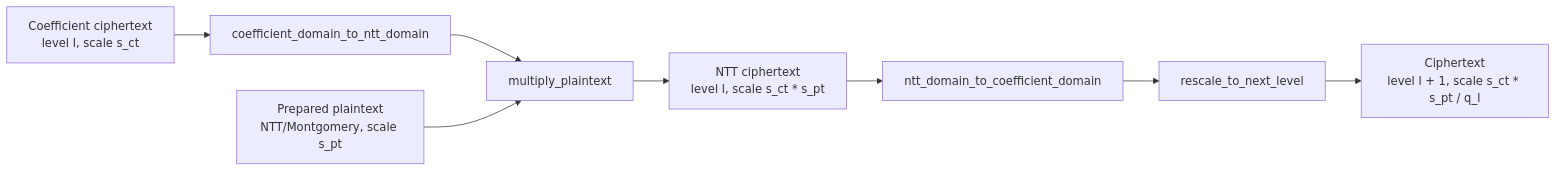
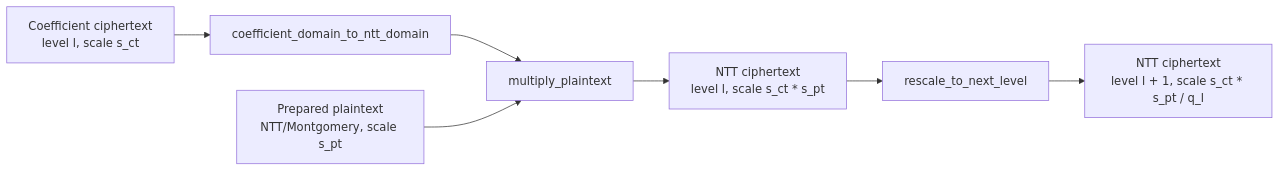
The second of 5 diagrams in docs/concepts/ckks/evaluator-operation-transitions.md (visualDust/fhelium), drawn with Mermaid before and after one commit. The commit also changed other lines of this file and 64 other files, not shown here.

First line of the commit message:
Optimize hybrid key switching and NTT-domain CKKS execution

````diff
--- a/docs/concepts/ckks/evaluator-operation-transitions.md
+++ b/docs/concepts/ckks/evaluator-operation-transitions.md
@@ -73,14 +73,13 @@
 ```mermaid
 flowchart LR
     CT[Coefficient ciphertext<br/>level l, scale s_ct]
     NTT[coefficient_domain_to_ntt_domain]
     PT[Prepared plaintext<br/>NTT/Montgomery, scale s_pt]
     PM[multiply_plaintext]
     OUT[NTT ciphertext<br/>level l, scale s_ct * s_pt]
-    COEFF[ntt_domain_to_coefficient_domain]
     RS[rescale_to_next_level]
-    NEXT[Ciphertext<br/>level l + 1, scale s_ct * s_pt / q_l]
+    NEXT[NTT ciphertext<br/>level l + 1, scale s_ct * s_pt / q_l]
     CT --> NTT --> PM
     PT --> PM
-    PM --> OUT --> COEFF --> RS --> NEXT
+    PM --> OUT --> RS --> NEXT
 ```
````
